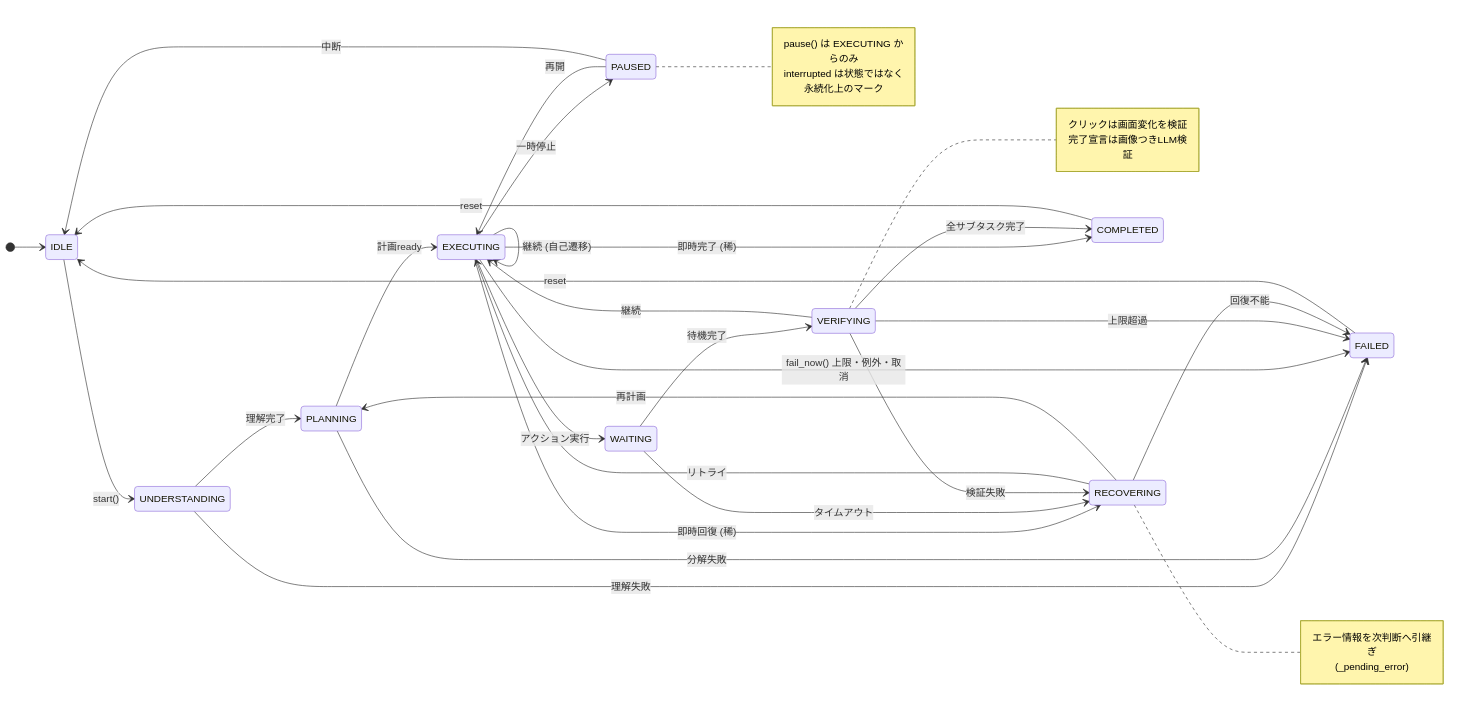
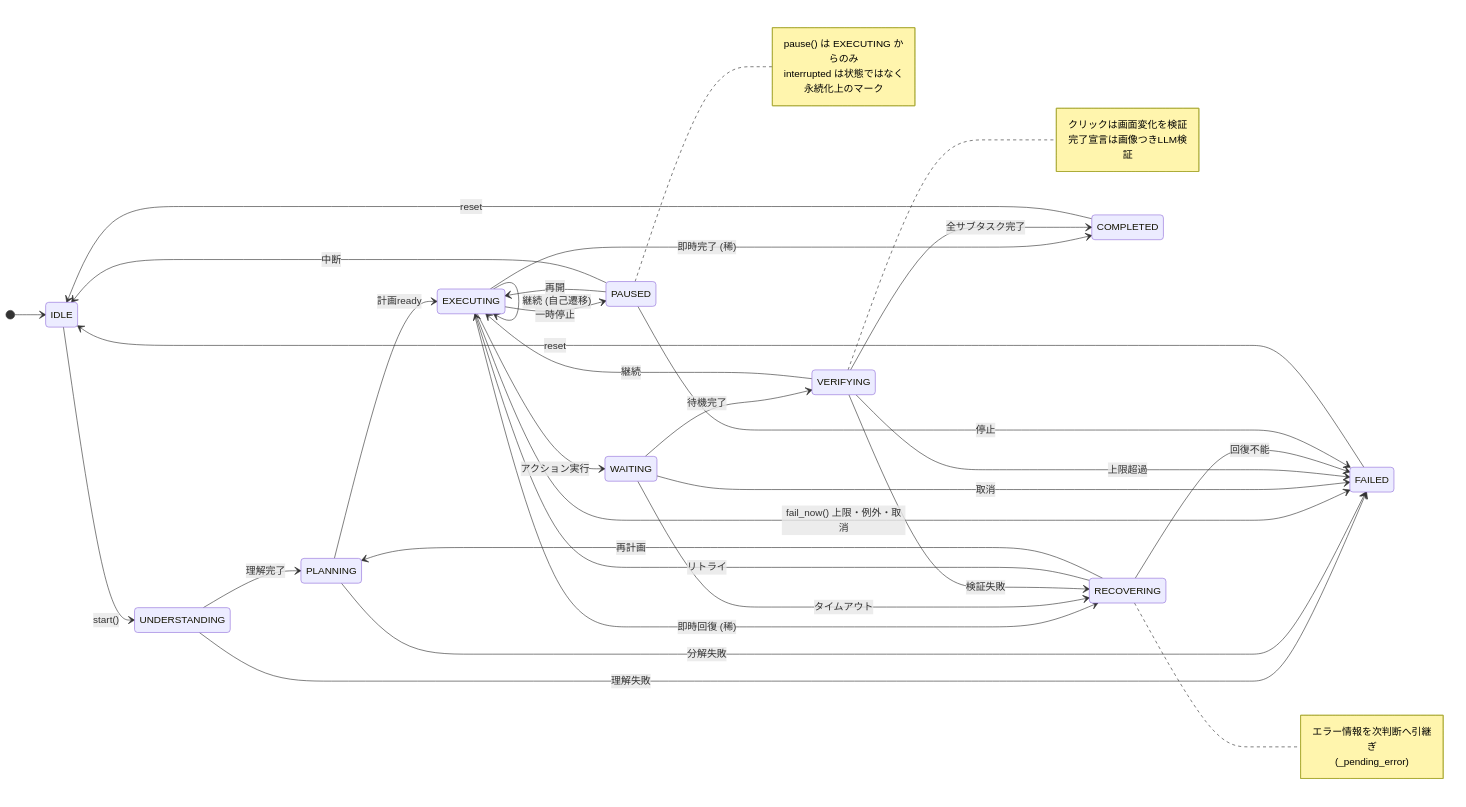
One commit to Milix-M/ai-desktop-agent changed the second of 4 diagrams in docs/architecture.md. Above: the diagram before and after it, drawn with Mermaid. The commit also changed other lines of this file and 4 other files, not shown here.

````diff
--- a/docs/architecture.md
+++ b/docs/architecture.md
@@ -132,45 +132,47 @@
 ```mermaid
 stateDiagram-v2
     direction LR
     [*] --> IDLE
     IDLE --> UNDERSTANDING : start()
     UNDERSTANDING --> PLANNING : 理解完了
     UNDERSTANDING --> FAILED : 理解失敗
     PLANNING --> EXECUTING : 計画ready
     PLANNING --> FAILED : 分解失敗
     EXECUTING --> WAITING : アクション実行
     EXECUTING --> EXECUTING : 継続 (自己遷移)
     EXECUTING --> PAUSED : 一時停止
     EXECUTING --> FAILED : fail_now() 上限・例外・取消
     EXECUTING --> RECOVERING : 即時回復 (稀)
     EXECUTING --> COMPLETED : 即時完了 (稀)
     WAITING --> VERIFYING : 待機完了
     WAITING --> RECOVERING : タイムアウト
+    WAITING --> FAILED : 取消
     VERIFYING --> EXECUTING : 継続
     VERIFYING --> COMPLETED : 全サブタスク完了
     VERIFYING --> RECOVERING : 検証失敗
     VERIFYING --> FAILED : 上限超過
     RECOVERING --> EXECUTING : リトライ
     RECOVERING --> PLANNING : 再計画
     RECOVERING --> FAILED : 回復不能
     PAUSED --> EXECUTING : 再開
     PAUSED --> IDLE : 中断
+    PAUSED --> FAILED : 停止
     COMPLETED --> IDLE : reset
     FAILED --> IDLE : reset
 
     note right of VERIFYING
         クリックは画面変化を検証
         完了宣言は画像つきLLM検証
     end note
 
     note right of RECOVERING
         エラー情報を次判断へ引継ぎ
         (_pending_error)
     end note
 
     note right of PAUSED
         pause() は EXECUTING からのみ
         interrupted は状態ではなく
         永続化上のマーク
     end note
 ```
````
